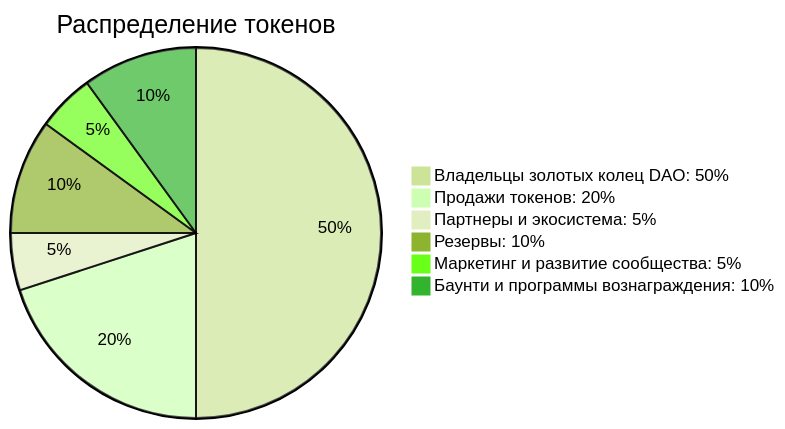
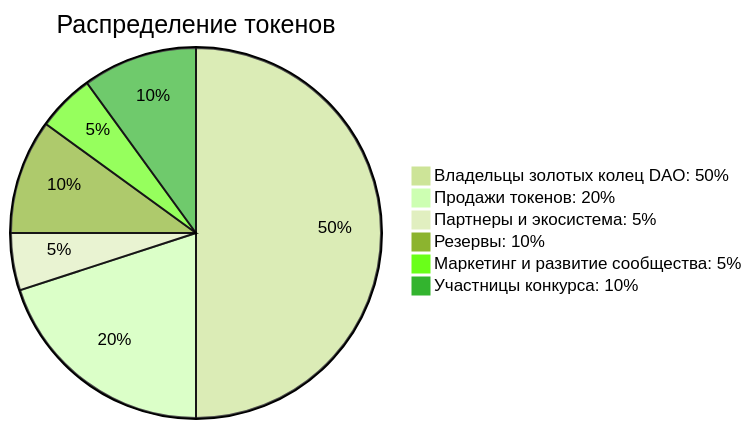
One commit to DAO-999-NFT/faraway-kingdom changed the diagram in react-site/i18n/ru/docusaurus-plugin-content-docs/current/intro.md. Above: the diagram before and after it, drawn with Mermaid (forest theme). The commit also changed other lines of this file and 1 other file, not shown here.

````diff
--- a/react-site/i18n/ru/docusaurus-plugin-content-docs/current/intro.md
+++ b/react-site/i18n/ru/docusaurus-plugin-content-docs/current/intro.md
@@ -228,11 +231,11 @@
 ```mermaid
 pie
     title Распределение токенов
     "Владельцы золотых колец DAO: 50%" : 499.5
     "Продажи токенов: 20%" : 199.8
     "Партнеры и экосистема: 5%" : 49.95
     "Резервы: 10%" : 99.9
     "Маркетинг и развитие сообщества: 5%" : 49.95
-    "Баунти и программы вознаграждения: 10%" : 99.9
+    "Участницы конкурса: 10%" : 99.9
 
 ```
````
